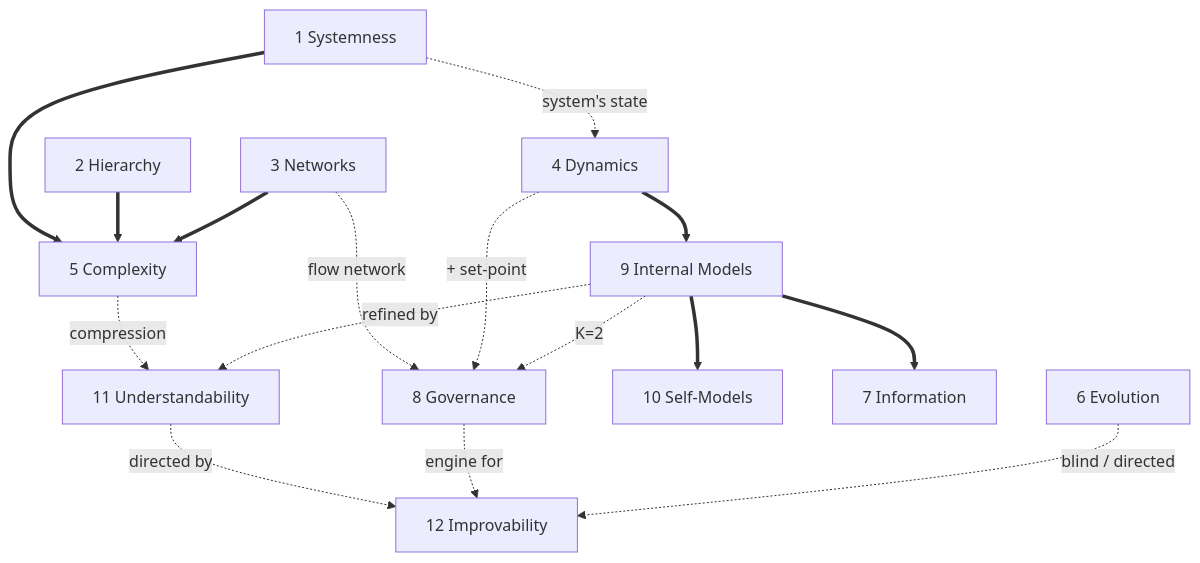
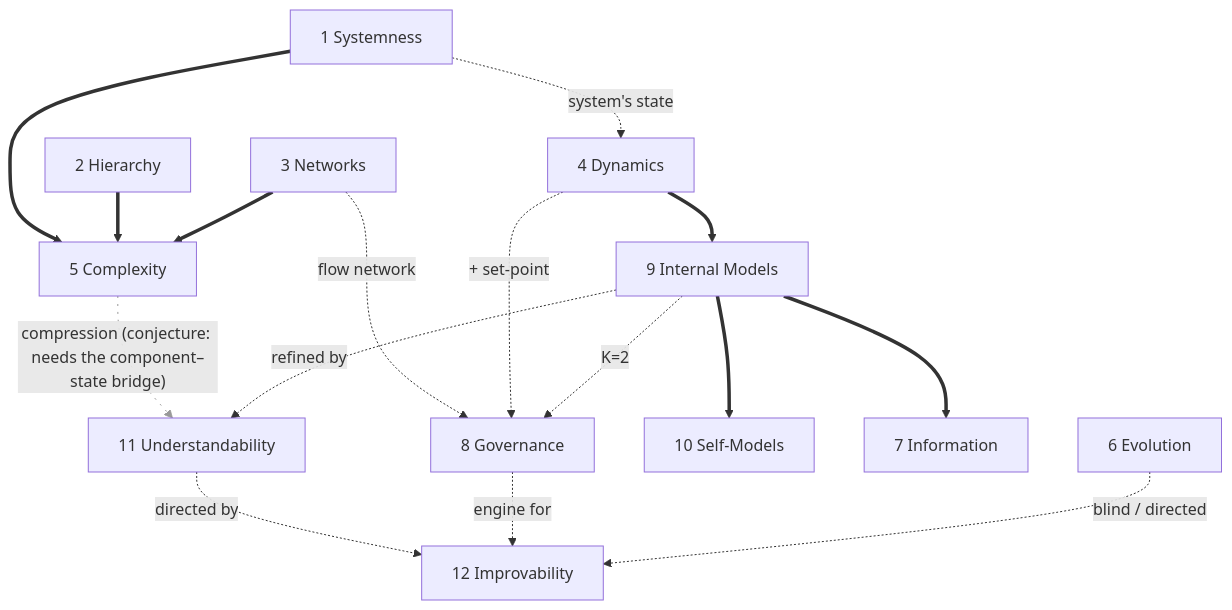
One commit to halcyonic-systems/systems-science-foundations changed the second of 2 diagrams in docs/paper/p3-reading-edition.md. Above: the diagram before and after it, drawn with Mermaid. The commit also changed other lines of this file and 2 other files, not shown here.

First line of the commit message:
docs(paper): pipeline+roles table, two-carriers figure, 5→11 arrow ruled a conjecture

````diff
--- a/docs/paper/p3-reading-edition.md
+++ b/docs/paper/p3-reading-edition.md
@@ -360,31 +394,32 @@
 ```mermaid
 flowchart TD
     p1["1 Systemness"]
     p2["2 Hierarchy"]
     p3["3 Networks"]
     p4["4 Dynamics"]
     p8["8 Governance"]
     p6["6 Evolution"]
     p9["9 Internal Models"]
     p10["10 Self-Models"]
     p7["7 Information"]
     p5["5 Complexity"]
     p11["11 Understandability"]
     p12["12 Improvability"]
 
     p1 ==> p5
     p2 ==> p5
     p3 ==> p5
     p4 ==> p9
     p9 ==> p10
     p9 ==> p7
     p1 -.->|"system's state"| p4
     p3 -.->|"flow network"| p8
     p4 -.->|"+ set-point"| p8
     p9 -.->|"K=2"| p8
-    p5 -.->|"compression"| p11
+    p5 -. "compression (conjecture: needs the component–state bridge)" .-> p11
+    linkStyle 10 stroke-dasharray: 2 6, stroke: #999
     p9 -.->|"refined by"| p11
     p11 -.->|"directed by"| p12
     p8 -.->|"engine for"| p12
     p6 -.->|"blind / directed"| p12
 ```
````
